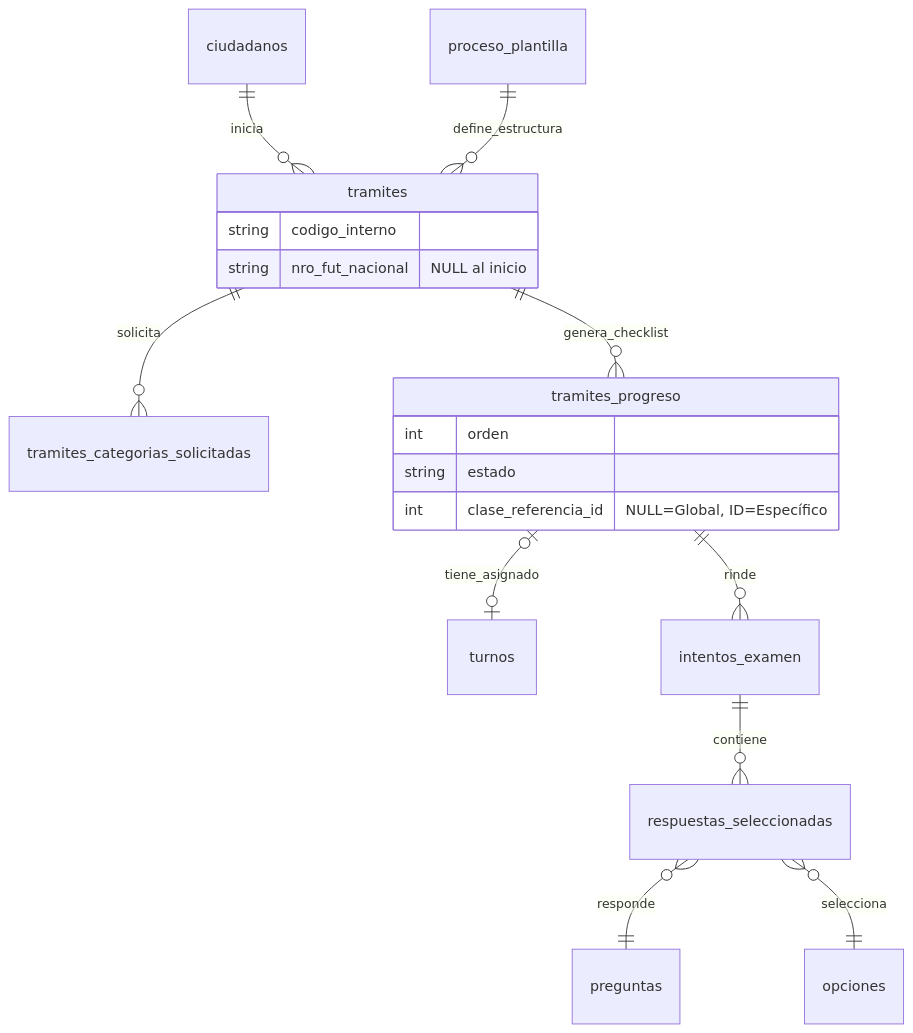
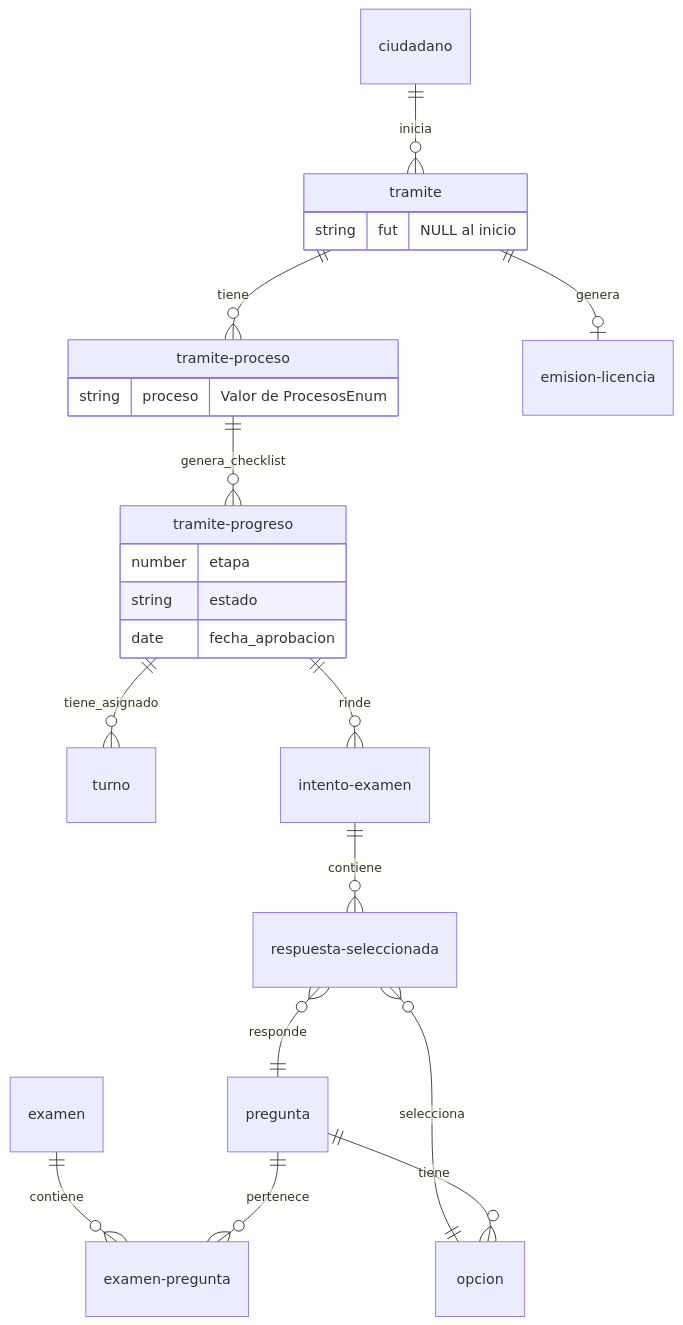
The diagram in README.md (MuniSanBenito/licencias-conducir), drawn with Mermaid before and after one commit. The commit also changed other lines of this file and 2 other files, not shown here.

````diff
--- a/README.md
+++ b/README.md
@@ -87,27 +68,34 @@
 ```mermaid
 erDiagram
-    ciudadanos ||--o{ tramites : inicia
-    proceso_plantilla ||--o{ tramites : define_estructura
-    tramites ||--o{ tramites_categorias_solicitadas : solicita
-    tramites ||--o{ tramites_progreso : genera_checklist
+    ciudadano ||--o{ tramite : inicia
+    tramite ||--o{ tramite-proceso : tiene
+    tramite-proceso ||--o{ tramite-progreso : genera_checklist
 
-    tramites_progreso |o--o| turnos : tiene_asignado
-    tramites_progreso ||--o{ intentos_examen : rinde
+    tramite-progreso ||--o{ turno : tiene_asignado
+    tramite-progreso ||--o{ intento-examen : rinde
 
-    intentos_examen ||--o{ respuestas_seleccionadas : contiene
-    respuestas_seleccionadas }o--|| preguntas : responde
-    respuestas_seleccionadas }o--|| opciones : selecciona
+    intento-examen ||--o{ respuesta-seleccionada : contiene
+    respuesta-seleccionada }o--|| pregunta : responde
+    respuesta-seleccionada }o--|| opcion : selecciona
 
-    %% Entidades Lógicas Clave
-    tramites_progreso {
-        int orden
+    examen ||--o{ examen-pregunta : contiene
+    pregunta ||--o{ examen-pregunta : pertenece
+    pregunta ||--o{ opcion : tiene
+
+    tramite ||--o| emision-licencia : genera
+
+    %% Entidades Clave
+    tramite-progreso {
+        number etapa
         string estado
-        int clase_referencia_id "NULL=Global, ID=Específico"
+        date fecha_aprobacion
     }
 
-    tramites {
-        string codigo_interno
-        string nro_fut_nacional "NULL al inicio"
+    tramite {
+        string fut "NULL al inicio"
     }
 
+    tramite-proceso {
+        string proceso "Valor de ProcesosEnum"
+    }
 ```
````
